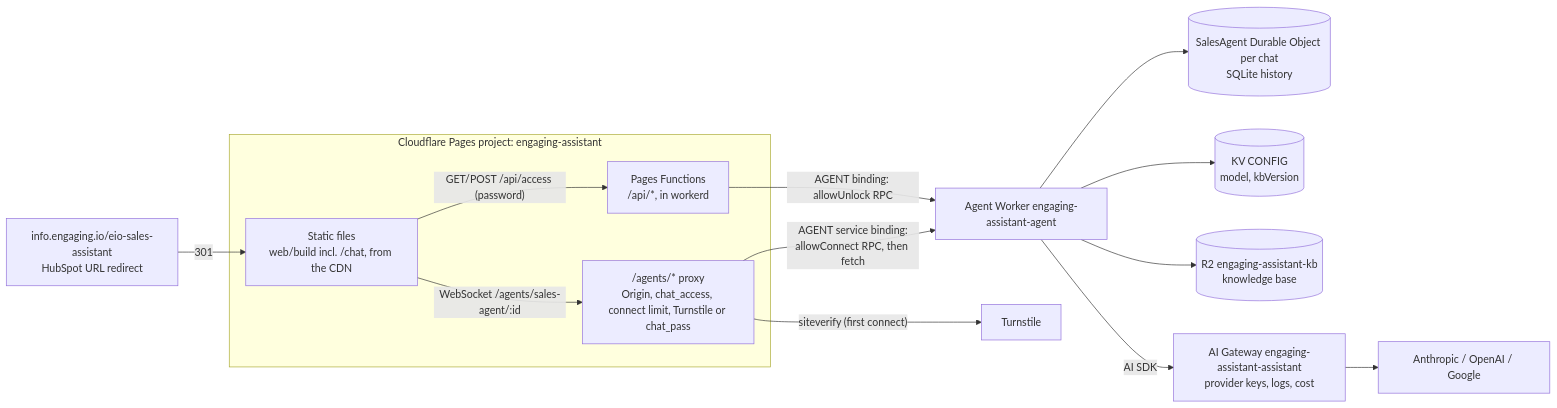
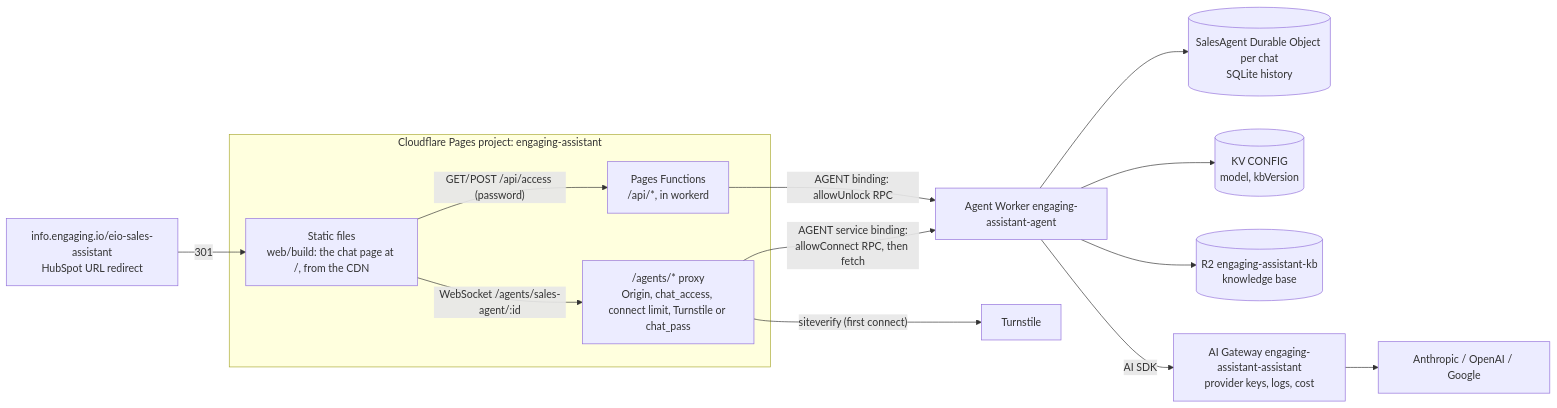
One commit to randika-srimal/cloudie changed the first of 3 diagrams in docs/architecture/overview.md. Above: the diagram before and after it, drawn with Mermaid. The commit also changed other lines of this file and 14 other files, not shown here.

Commit message:
Remove chat page implementation, including all related scripts, styles, and markup for the AI Sales Assistant.

````diff
--- a/docs/architecture/overview.md
+++ b/docs/architecture/overview.md
@@ -7,19 +7,19 @@
 ```mermaid
 flowchart LR
   HS[info.engaging.io/eio-sales-assistant<br/>HubSpot URL redirect] -->|301| S
   subgraph Pages["Cloudflare Pages project: engaging-assistant"]
-    S[Static files<br/>web/build incl. /chat, from the CDN]
+    S[Static files<br/>web/build: the chat page at /, from the CDN]
     F[Pages Functions<br/>/api/*, in workerd]
     P["/agents/* proxy<br/>Origin, chat_access, connect limit, Turnstile or chat_pass"]
   end
   S -->|"GET/POST /api/access (password)"| F
   F -->|"AGENT binding: allowUnlock RPC"| W
   S -->|"WebSocket /agents/sales-agent/:id"| P
   P -->|"siteverify (first connect)"| T[Turnstile]
   P -->|"AGENT service binding:<br/>allowConnect RPC, then fetch"| W[Agent Worker engaging-assistant-agent]
   W --> DO[(SalesAgent Durable Object per chat<br/>SQLite history)]
   W --> KV[(KV CONFIG<br/>model, kbVersion)]
   W --> R2[(R2 engaging-assistant-kb<br/>knowledge base)]
   W -->|AI SDK| GW[AI Gateway engaging-assistant-assistant<br/>provider keys, logs, cost]
   GW --> LLM[Anthropic / OpenAI / Google]
 ```
````
